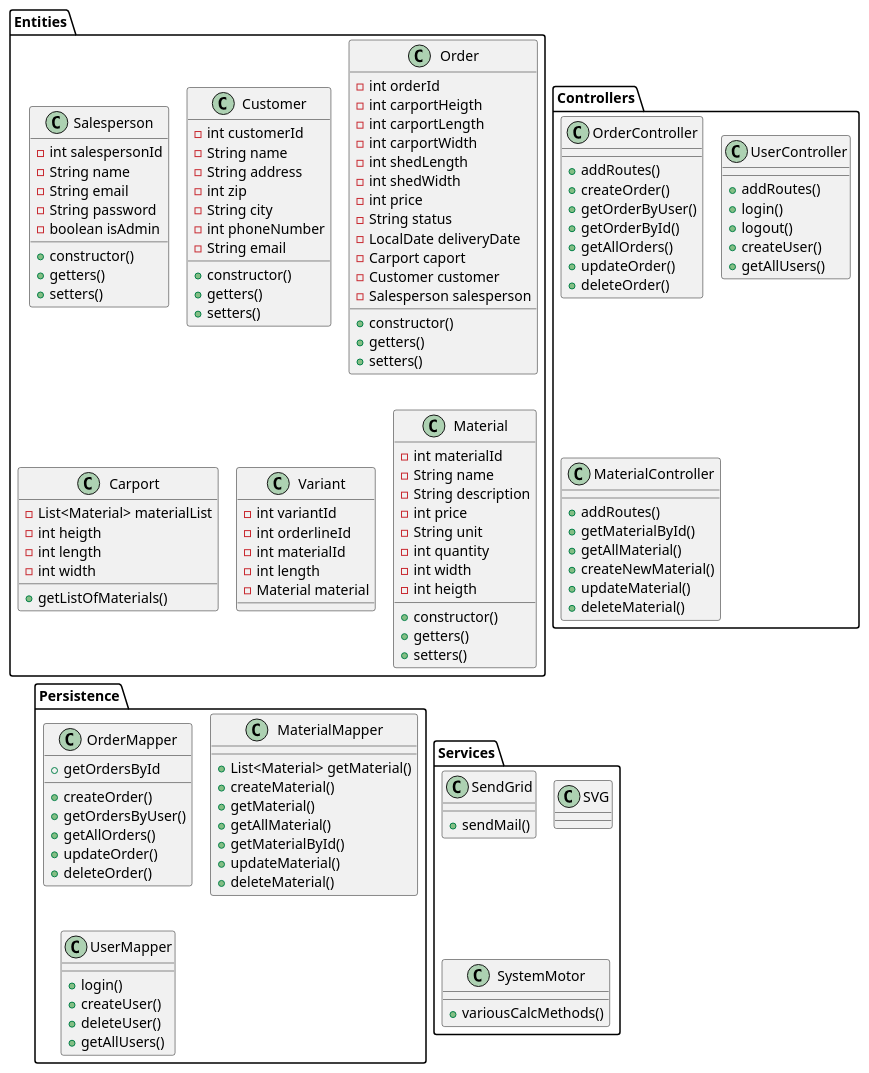
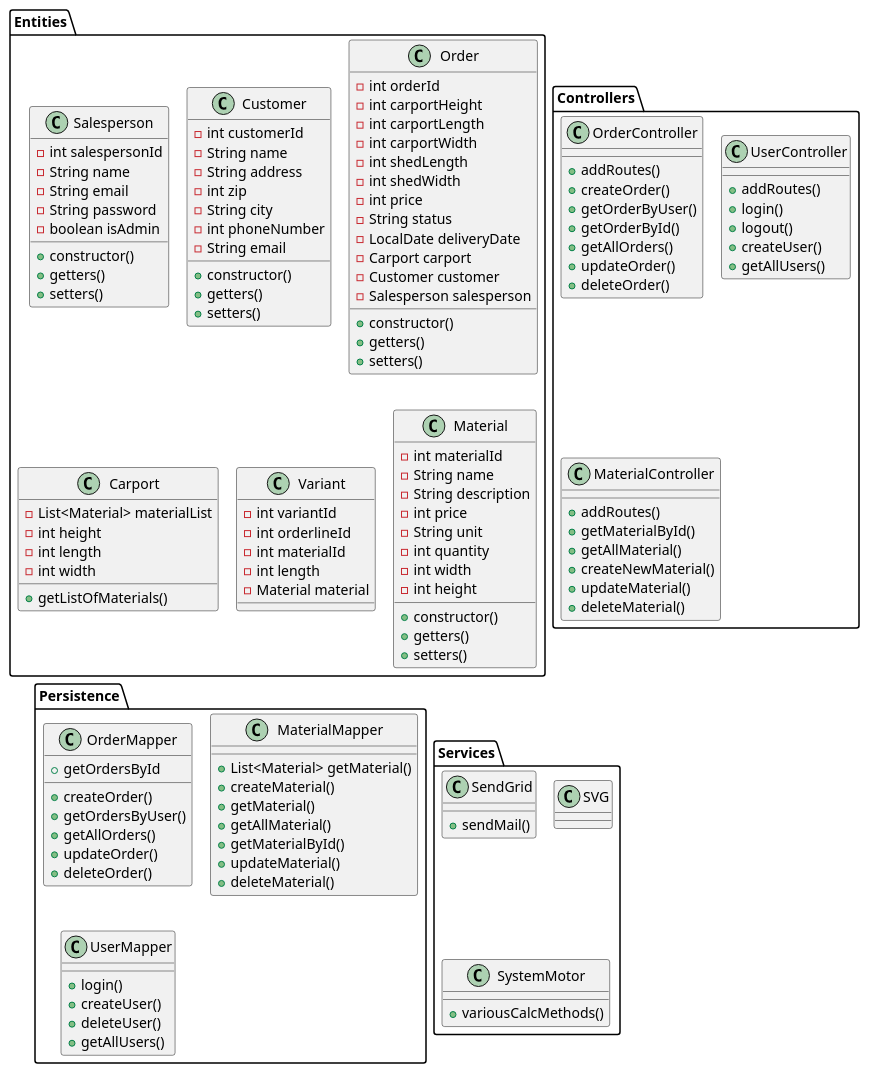
The diagram in Docs/ClassDiagramV1.puml (Griffenholm/carport), drawn with PlantUML before and after one commit. The commit also changed 16 other files, not shown here.

```diff
--- a/Docs/ClassDiagramV1.puml
+++ b/Docs/ClassDiagramV1.puml
@@ -1,187 +1,187 @@
 @startuml
 !pragma layout smetana
 
 
 package "Entities" {
 
 class Salesperson {
 
 - int salespersonId
 - String name
 - String email
 - String password
 - boolean isAdmin
 + constructor()
 + getters()
 + setters()
 
 }
 
 class Customer {
 
 - int customerId
 - String name
 - String address
 - int zip
 - String city
 - int phoneNumber
 - String email
 + constructor()
 + getters()
 + setters()
 
 }
 
 
 class Order {
 
 - int orderId
-- int carportHeigth
+- int carportHeight
 - int carportLength
 - int carportWidth
 - int shedLength
 - int shedWidth
 - int price
 - String status
 - LocalDate deliveryDate
-- Carport caport
+- Carport carport
 - Customer customer
 - Salesperson salesperson
 + constructor()
 + getters()
 + setters()
 
 }
 
 class Carport {
 - List<Material> materialList
-- int heigth
+- int height
 - int length
 - int width
 + getListOfMaterials()
 
 
 
 }
 
 class Variant {
 
 - int variantId
 - int orderlineId
 - int materialId
 - int length
 - Material material
 
 }
 
 class Material {
 
 - int materialId
 - String name
 - String description
 - int price
 - String unit
 - int quantity
 - int width
-- int heigth
+- int height
 
 + constructor()
 + getters()
 + setters()
 
 }
 
 }
 
 package "Controllers" {
 
 class OrderController {
 
 + addRoutes()
 + createOrder()
 + getOrderByUser()
 + getOrderById()
 + getAllOrders()
 + updateOrder()
 + deleteOrder()
 
 }
 
 class UserController {
 
 + addRoutes()
 + login()
 + logout()
 + createUser()
 + getAllUsers()
 
 }
 
 class MaterialController {
 
 + addRoutes()
 + getMaterialById()
 + getAllMaterial()
 + createNewMaterial()
 + updateMaterial()
 + deleteMaterial()
 
 }
 }
 
 package "Persistence" {
 
 class OrderMapper {
 
 + createOrder()
 + getOrdersByUser()
 + getOrdersById
 + getAllOrders()
 + updateOrder()
 + deleteOrder()
 
 }
 
 class MaterialMapper {
 
 + List<Material> getMaterial()
 + createMaterial()
 + getMaterial()
 + getAllMaterial()
 + getMaterialById()
 + updateMaterial()
 + deleteMaterial()
 
 }
 
 class UserMapper {
 
 + login()
 + createUser()
 + deleteUser()
 + getAllUsers()
 
 }
 }
 
 package "Services" {
 
 class SendGrid{
 
 + sendMail()
 
 }
 
 class SVG{}
 
 class SystemMotor{
 
 + variousCalcMethods()
 
 }
 
 
 }
 
 
 @enduml
```
